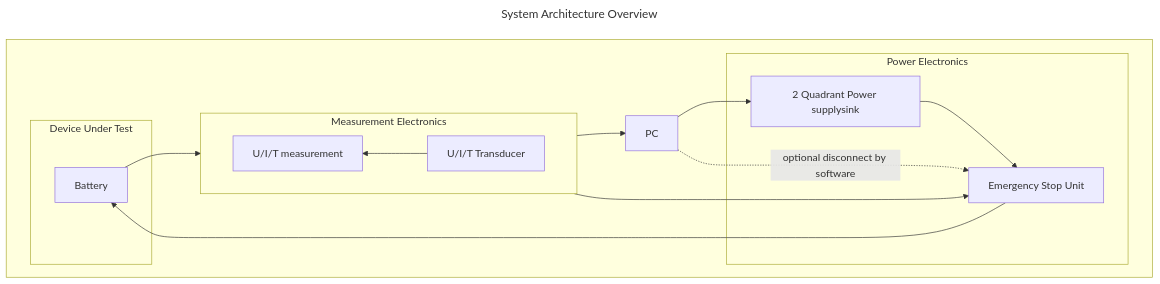
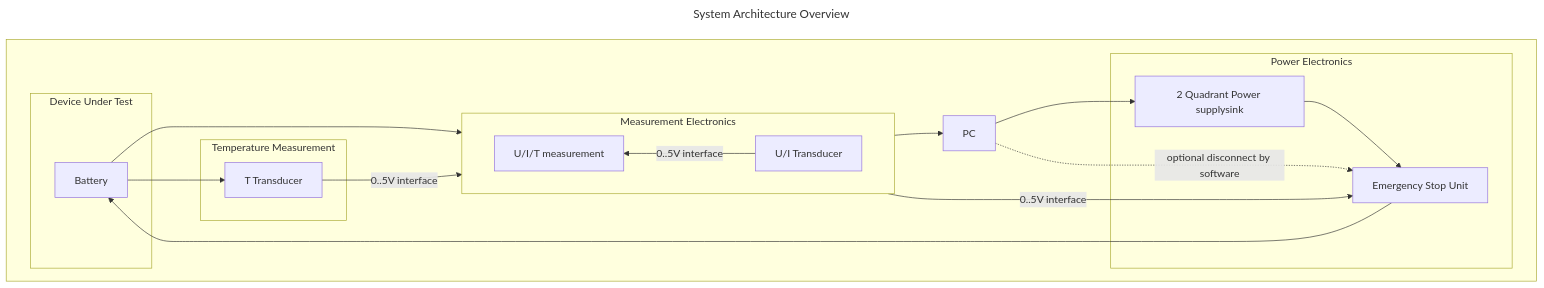
The diagram in docs/arch/overview.md (pascalguttmann/obat), drawn with Mermaid before and after one commit.

Commit message:
add external Temp transducer with 0..5V interface

````diff
--- a/docs/arch/overview.md
+++ b/docs/arch/overview.md
@@ -28,38 +28,44 @@
 ```mermaid
 ---
 title: System Architecture Overview
 ---
 flowchart LR
 
 subgraph sub-obat [ ]
     direction LR
     pc[PC]
 
     subgraph sub-power [Power Electronics]
         psu-internal[2 Quadrant Power supplysink]
         esu[Emergency Stop Unit]
 
         psu-internal --> esu
     end
 
     subgraph sub-meas [Measurement Electronics]
         direction RL
-        transducer[U/I/T Transducer]
+        transducer[U/I Transducer]
         meas[U/I/T measurement]
 
-        transducer --> meas
+        transducer -- 0..5V interface --> meas
+    end
+
+    subgraph sub-extT [Temperature Measurement]
+        transducer_T[T Transducer]
     end
 
     subgraph sub-dut [Device Under Test]
         bat[Battery]
     end
 
     pc --> psu-internal
     esu --> bat
     bat --> transducer
+    bat --> transducer_T
     meas --> pc
     pc -. optional disconnect by software .-> esu
 
-    transducer --> esu
+    transducer_T -- 0..5V interface --> meas
+    transducer -- 0..5V interface --> esu
 end
 ```
````
